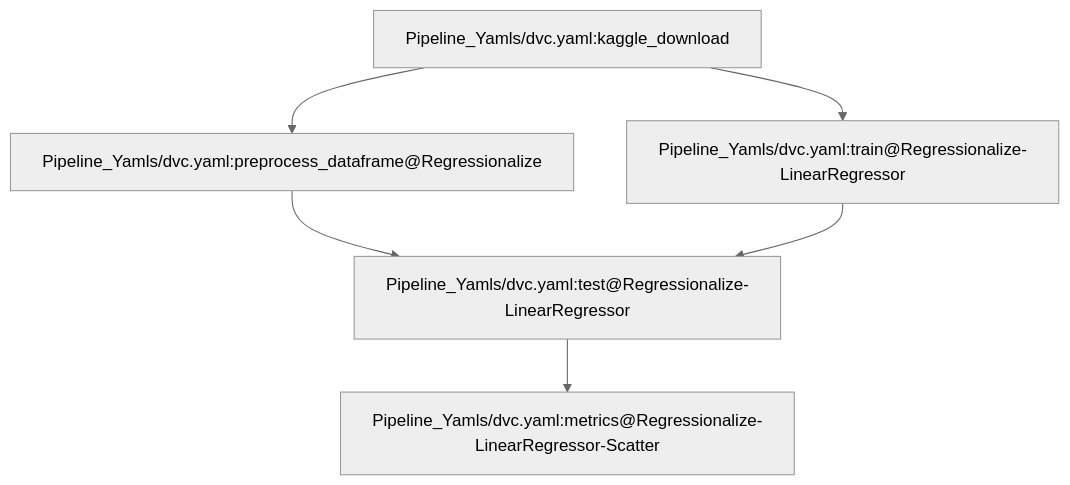
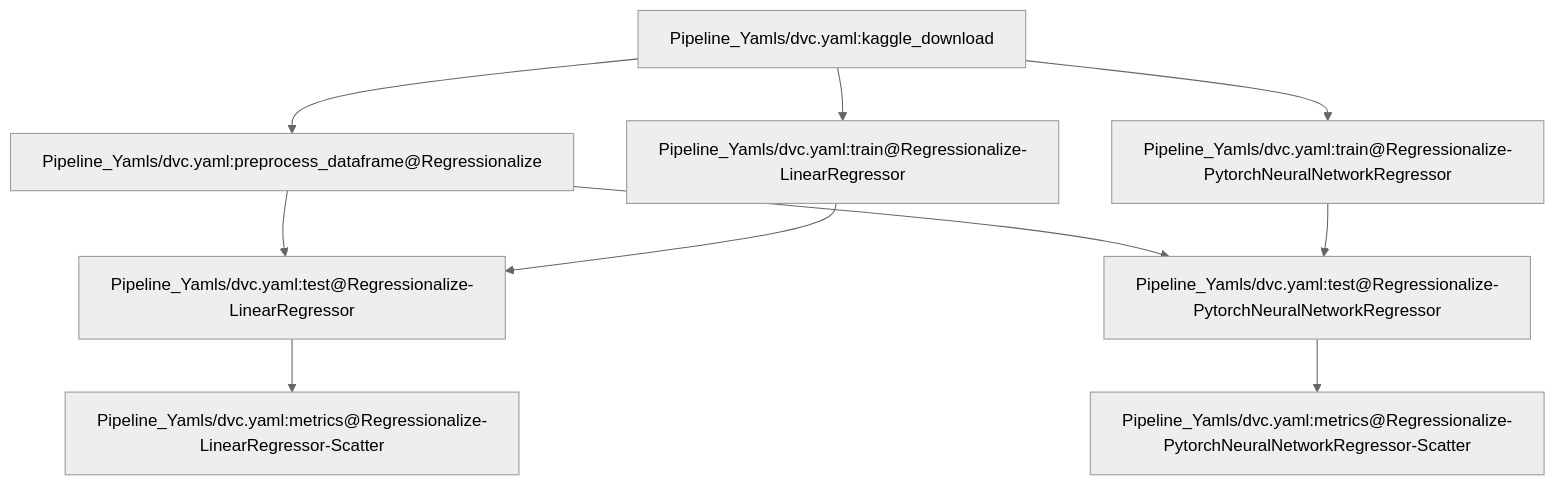
One commit to bradygilg/jane_kaggle changed the diagram in README.md. Above: the diagram before and after it, drawn with Mermaid (neutral theme).

Commit message:
DAG in readme

````diff
--- a/README.md
+++ b/README.md
@@ -39,13 +39,20 @@
 ```mermaid
 flowchart TD
 	node1["Pipeline_Yamls/dvc.yaml:kaggle_download"]
 	node2["Pipeline_Yamls/dvc.yaml:metrics@Regressionalize-LinearRegressor-Scatter"]
-	node3["Pipeline_Yamls/dvc.yaml:preprocess_dataframe@Regressionalize"]
-	node4["Pipeline_Yamls/dvc.yaml:test@Regressionalize-LinearRegressor"]
-	node5["Pipeline_Yamls/dvc.yaml:train@Regressionalize-LinearRegressor"]
-	node1-->node3
-	node1-->node5
-	node3-->node4
-	node4-->node2
-	node5-->node4
+	node3["Pipeline_Yamls/dvc.yaml:metrics@Regressionalize-PytorchNeuralNetworkRegressor-Scatter"]
+	node4["Pipeline_Yamls/dvc.yaml:preprocess_dataframe@Regressionalize"]
+	node5["Pipeline_Yamls/dvc.yaml:test@Regressionalize-LinearRegressor"]
+	node6["Pipeline_Yamls/dvc.yaml:test@Regressionalize-PytorchNeuralNetworkRegressor"]
+	node7["Pipeline_Yamls/dvc.yaml:train@Regressionalize-LinearRegressor"]
+	node8["Pipeline_Yamls/dvc.yaml:train@Regressionalize-PytorchNeuralNetworkRegressor"]
+	node1-->node4
+	node1-->node7
+	node1-->node8
+	node4-->node5
+	node4-->node6
+	node5-->node2
+	node6-->node3
+	node7-->node5
+	node8-->node6
 ```
````
